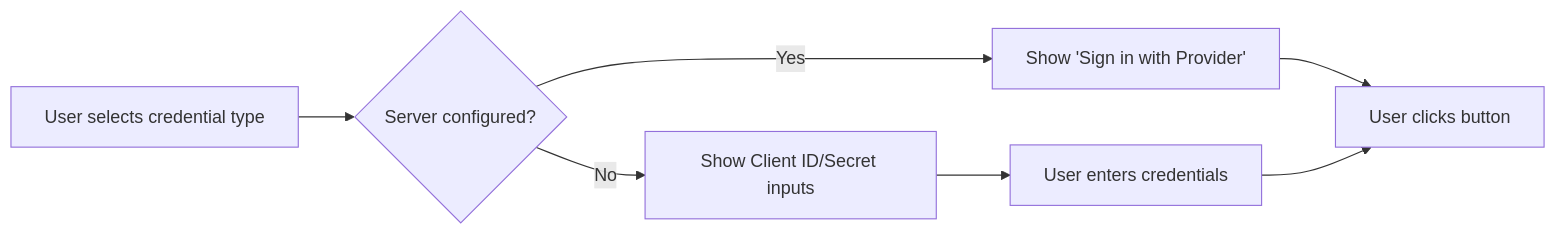
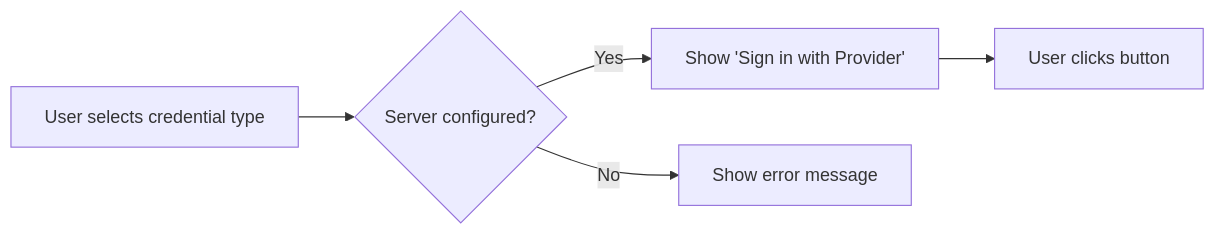
The second of 4 diagrams in docs/oauth2-flow.md (zxh3/kianax), drawn with Mermaid before and after one commit. The commit also changed other lines of this file and 5 other files, not shown here.

First line of the commit message:
refactor: Remove user-provided OAuth client credentials

````diff
--- a/docs/oauth2-flow.md
+++ b/docs/oauth2-flow.md
@@ -58,9 +58,7 @@
 ```mermaid
 flowchart LR
     A[User selects credential type] --> B{Server configured?}
     B -->|Yes| C[Show 'Sign in with Provider']
-    B -->|No| D[Show Client ID/Secret inputs]
+    B -->|No| D[Show error message]
     C --> E[User clicks button]
-    D --> F[User enters credentials]
-    F --> E
 ```
````
